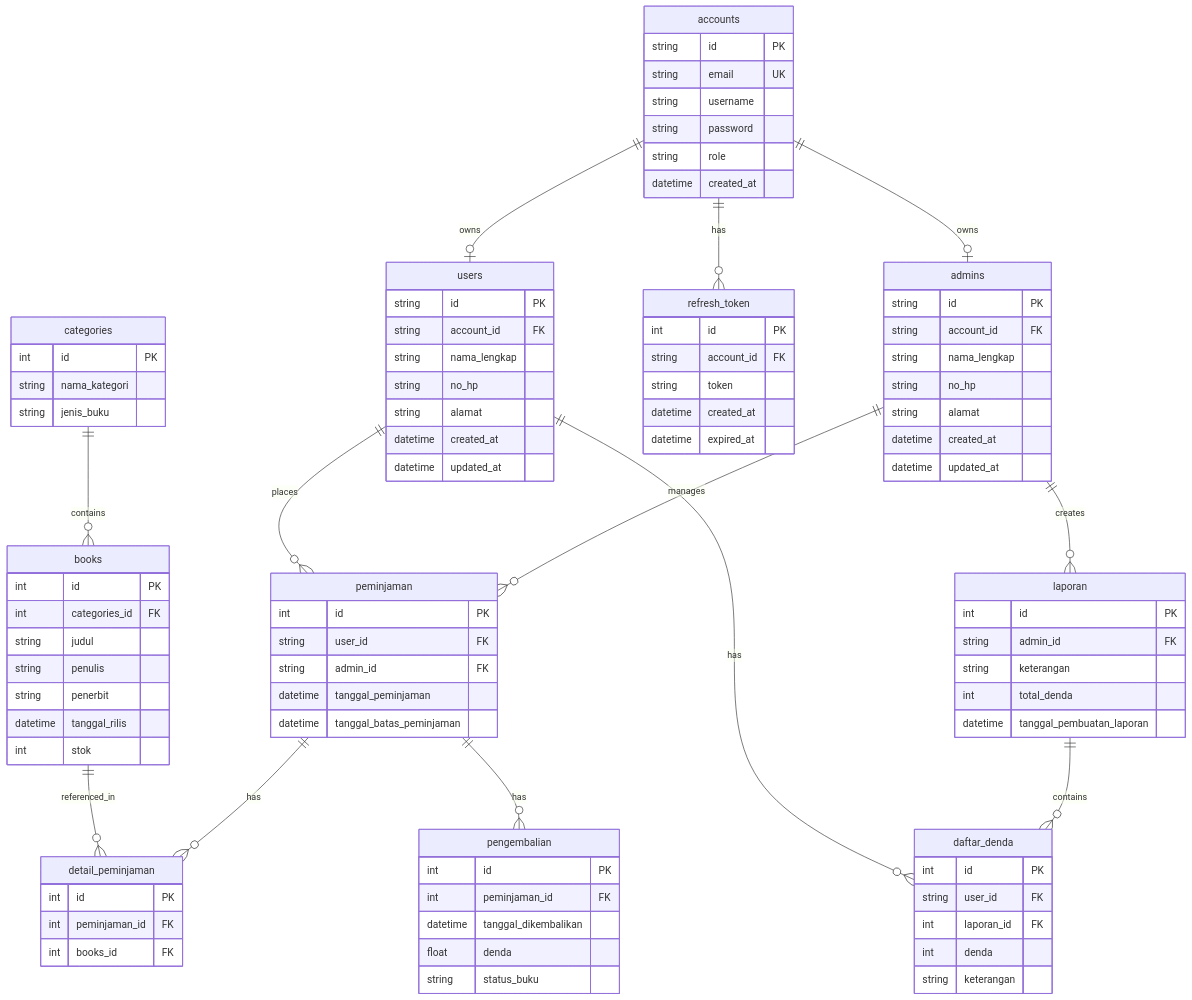
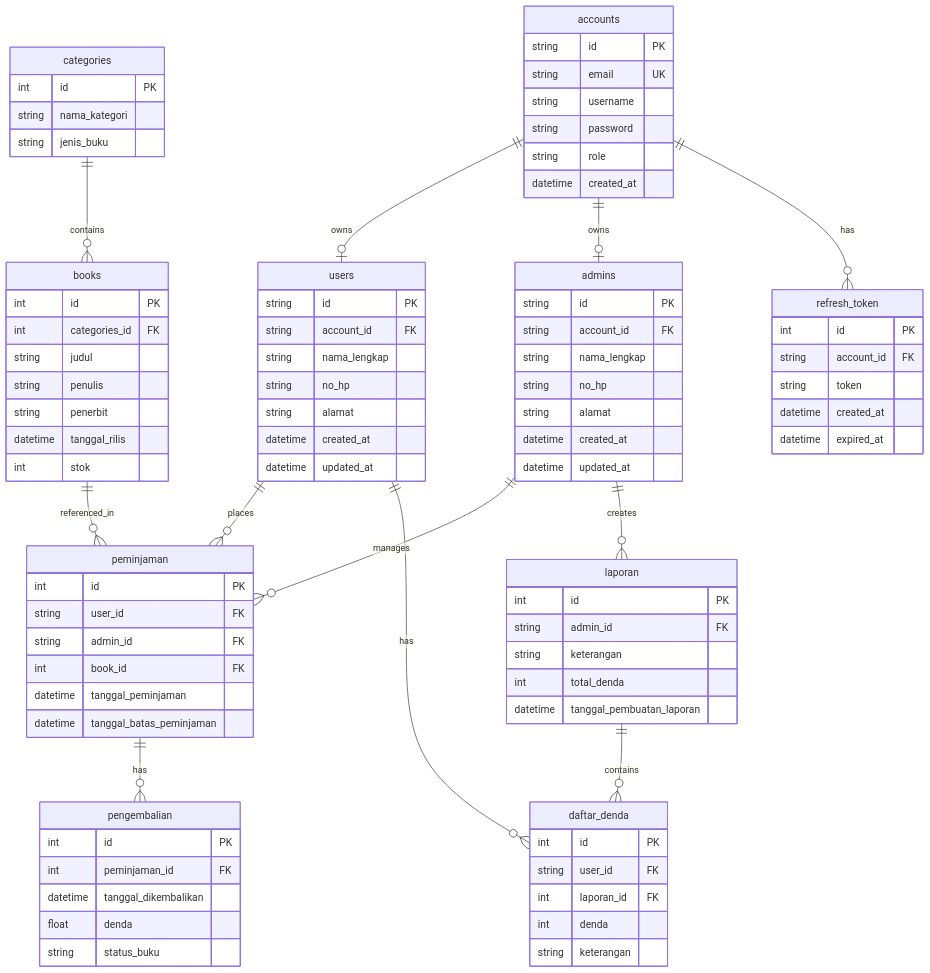
One commit to dimstyle/ruang-baca changed the diagram in docs/uml/src/diagrams/list-diagrams/erd.mmd. Above: the diagram before and after it, drawn with Mermaid. The commit also changed 1 other file, not shown here.

Commit message:
docs(uml): remove detail_peminjaman entity and direct book relation to peminjaman in ERD

```diff
--- a/docs/uml/src/diagrams/list-diagrams/erd.mmd
+++ b/docs/uml/src/diagrams/list-diagrams/erd.mmd
@@ -1,110 +1,104 @@
 erDiagram
     accounts ||--o| users : "owns"
     accounts ||--o| admins : "owns"
     accounts ||--o{ refresh_token : "has"
 
     users ||--o{ peminjaman : "places"
     users ||--o{ daftar_denda : "has"
 
     admins ||--o{ peminjaman : "manages"
     admins ||--o{ laporan : "creates"
 
     categories ||--o{ books : "contains"
 
-    books ||--o{ detail_peminjaman : "referenced_in"
+    books ||--o{ peminjaman : "referenced_in"
 
-    peminjaman ||--o{ detail_peminjaman : "has"
     peminjaman ||--o{ pengembalian : "has"
 
     laporan ||--o{ daftar_denda : "contains"
 
     accounts {
         string id PK
         string email UK
         string username
         string password
         string role
         datetime created_at
     }
 
     users {
         string id PK
         string account_id FK
         string nama_lengkap
         string no_hp
         string alamat
         datetime created_at
         datetime updated_at
     }
 
     admins {
         string id PK
         string account_id FK
         string nama_lengkap
         string no_hp
         string alamat
         datetime created_at
         datetime updated_at
     }
 
     categories {
         int id PK
         string nama_kategori
         string jenis_buku
     }
 
     books {
         int id PK
         int categories_id FK
         string judul
         string penulis
         string penerbit
         datetime tanggal_rilis
         int stok
     }
 
     peminjaman {
         int id PK
         string user_id FK
         string admin_id FK
+        int book_id FK
         datetime tanggal_peminjaman
         datetime tanggal_batas_peminjaman
     }
 
     pengembalian {
         int id PK
         int peminjaman_id FK
         datetime tanggal_dikembalikan
         float denda
         string status_buku
-    }
-
-    detail_peminjaman {
-        int id PK
-        int peminjaman_id FK
-        int books_id FK
     }
 
     refresh_token {
         int id PK
         string account_id FK
         string token
         datetime created_at
         datetime expired_at
     }
 
     laporan {
         int id PK
         string admin_id FK
         string keterangan
         int total_denda
         datetime tanggal_pembuatan_laporan
     }
 
     daftar_denda {
         int id PK
         string user_id FK
         int laporan_id FK
         int denda
         string keterangan
     }
```
